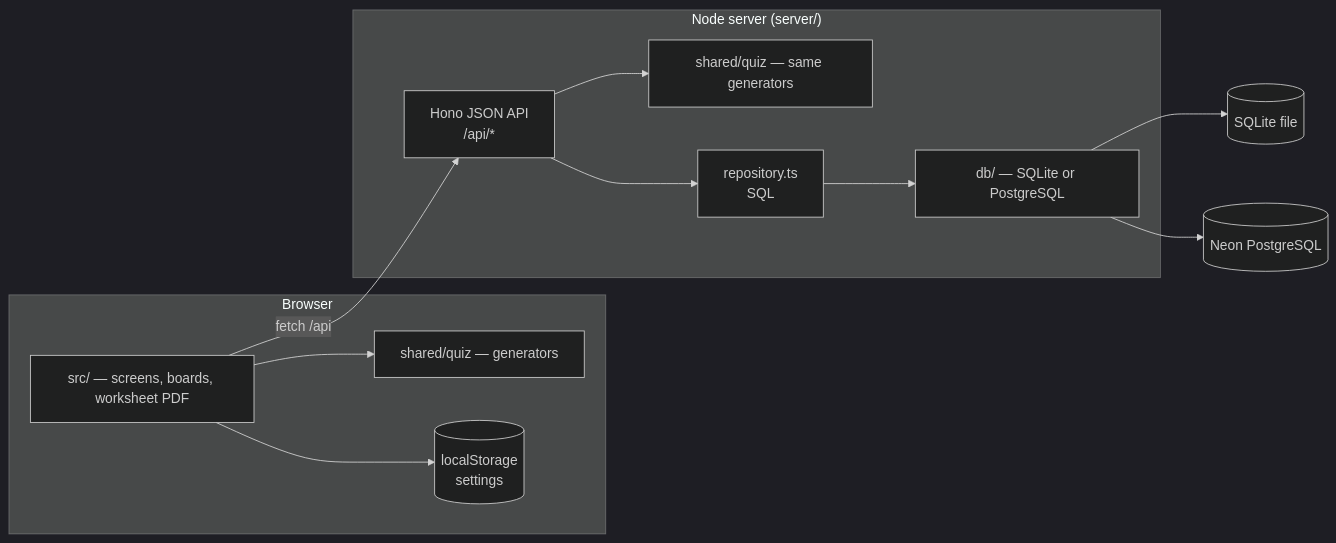
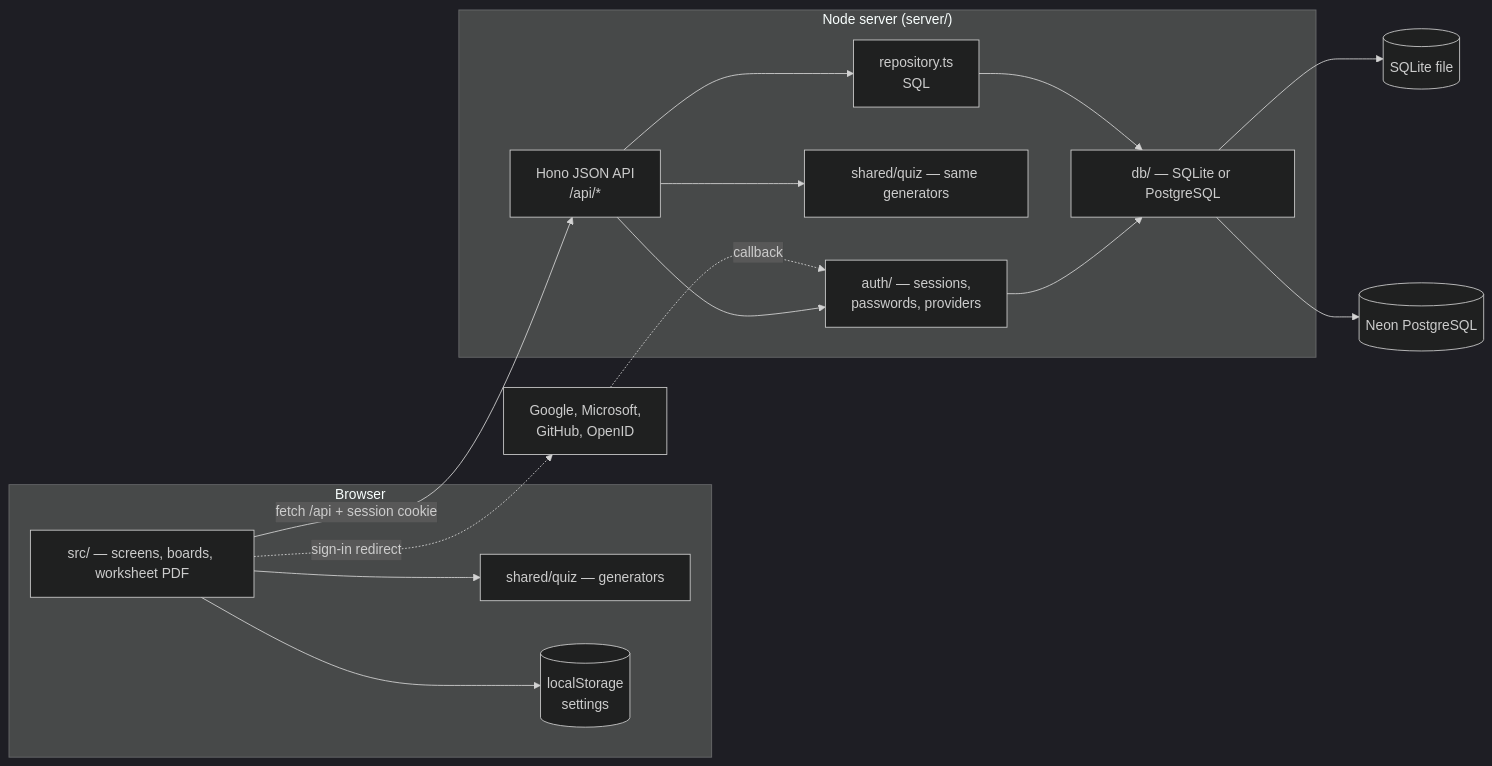
Before and after one commit to jopiguet/calcul-colonnes: the first of 3 diagrams in docs/architecture.md, drawn with Mermaid (dark theme). The commit also changed other lines of this file and 41 other files, not shown here.

````diff
--- a/docs/architecture.md
+++ b/docs/architecture.md
@@ -5,21 +5,25 @@
 ```mermaid
 flowchart LR
   subgraph Browser
     UI["src/ — screens, boards, worksheet PDF"]
     SQb["shared/quiz — generators"]
     LS[("localStorage<br/>settings")]
     UI --> SQb
     UI --> LS
   end
   subgraph Server["Node server (server/)"]
+    AUTH["auth/ — sessions,<br/>passwords, providers"]
     API["Hono JSON API<br/>/api/*"]
+    API --> AUTH --> DB
     SQs["shared/quiz — same generators"]
     REPO["repository.ts<br/>SQL"]
     DB["db/ — SQLite or PostgreSQL"]
     API --> SQs
     API --> REPO --> DB
   end
-  UI -- "fetch /api" --> API
+  UI -- "fetch /api + session cookie" --> API
+  UI -. "sign-in redirect" .-> IDP["Google, Microsoft,<br/>GitHub, OpenID"]
+  IDP -. "callback" .-> AUTH
   DB --> F[("SQLite file")]
   DB --> N[("Neon PostgreSQL")]
 ```
````
